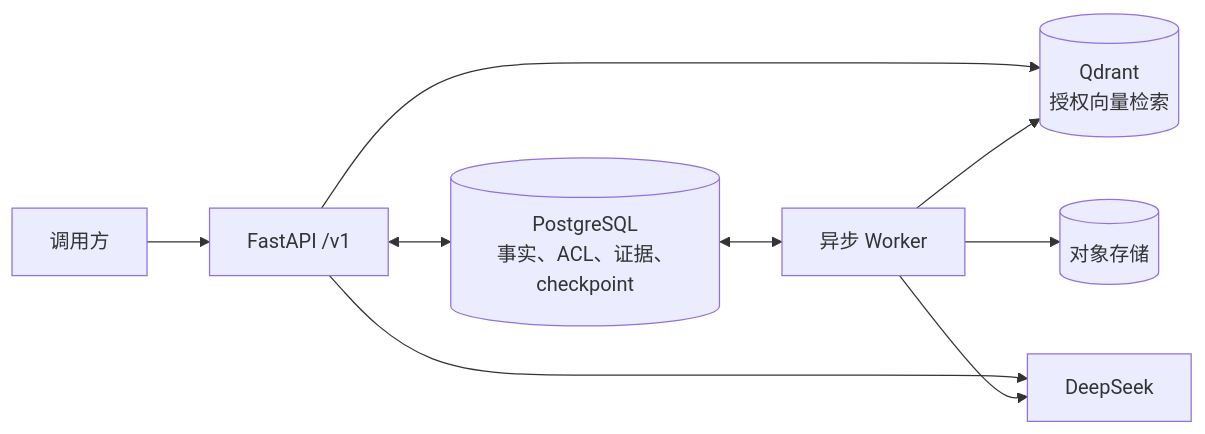
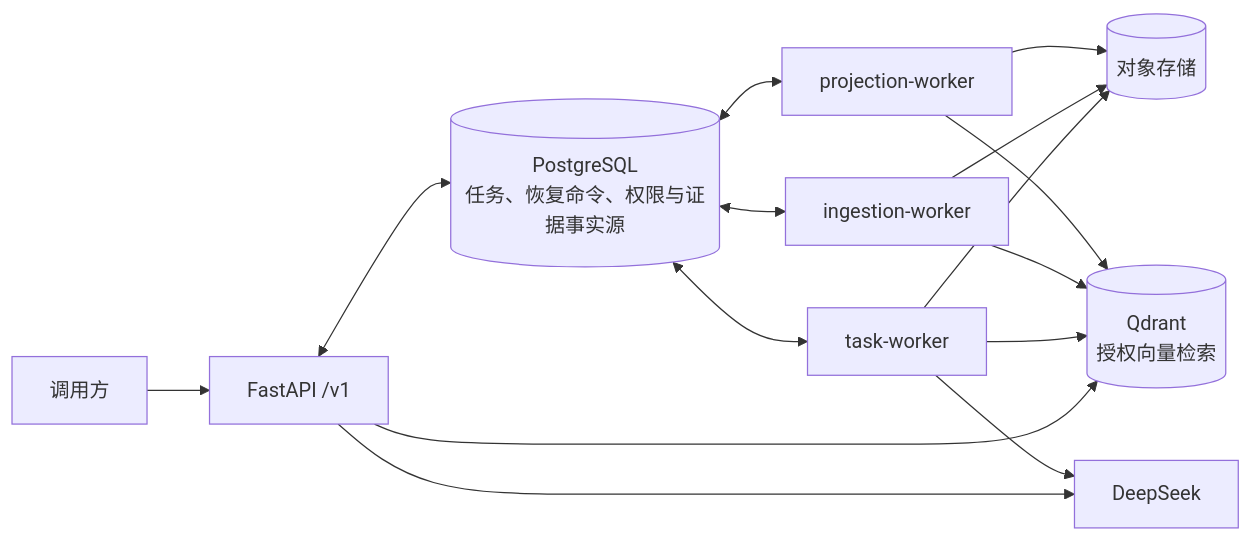
The diagram in README.md (LilBin85/rag-enterprise-kb), drawn with Mermaid before and after one commit. The commit also changed other lines of this file and 7 other files, not shown here.

````diff
--- a/README.md
+++ b/README.md
@@ -10,11 +10,17 @@
 ```mermaid
 flowchart LR
     U[调用方] --> API[FastAPI /v1]
-    API <--> PG[(PostgreSQL<br/>事实、ACL、证据、checkpoint)]
-    PG <--> W[异步 Worker]
+    API <--> PG[(PostgreSQL<br/>任务、恢复命令、权限与证据事实源)]
+    PG <--> TW[task-worker]
+    PG <--> IW[ingestion-worker]
+    PG <--> PW[projection-worker]
     API --> Q[(Qdrant<br/>授权向量检索)]
-    W --> Q
-    W --> OBJ[(对象存储)]
+    TW --> Q
+    IW --> Q
+    PW --> Q
+    TW --> OBJ[(对象存储)]
+    IW --> OBJ
+    PW --> OBJ
     API --> LLM[DeepSeek]
-    W --> LLM
+    TW --> LLM
 ```
````
